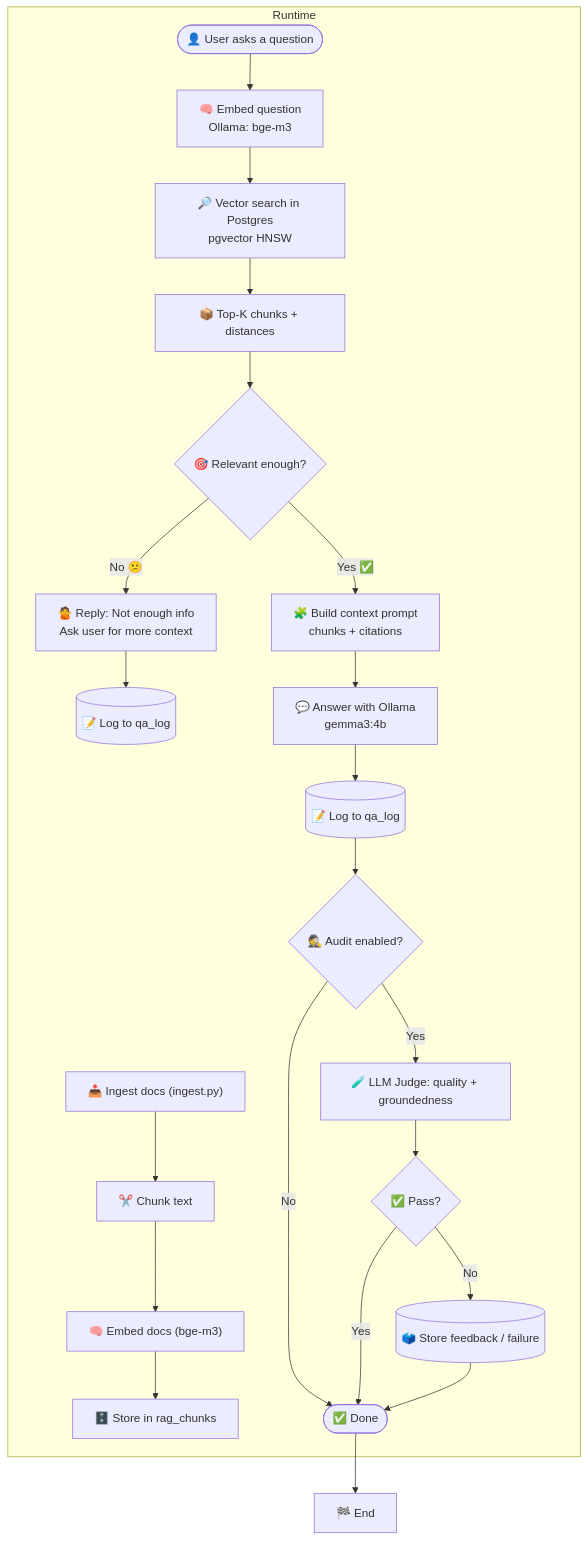
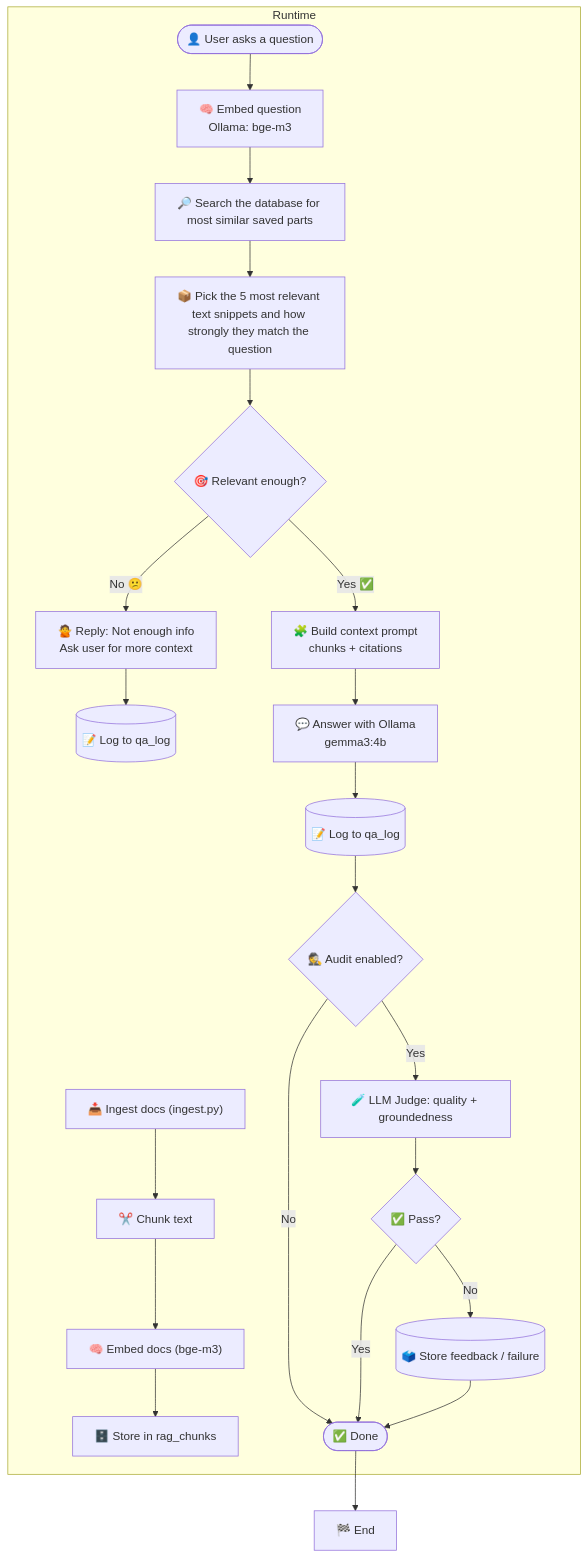
The first of 2 diagrams in docs/PROCESS_VISUALIZATION_TRIAL.md (LauraAva/rag-ollama-set-up), drawn with Mermaid before and after one commit. The commit also changed other lines of this file, not shown here.

````diff
--- a/docs/PROCESS_VISUALIZATION_TRIAL.md
+++ b/docs/PROCESS_VISUALIZATION_TRIAL.md
@@ -10,39 +10,39 @@
 ```mermaid
 flowchart TD
 
  subgraph Runtime["Runtime"]
 
   Ingest["📥 Ingest docs (ingest.py)"] --> Chunk["✂️ Chunk text"]
   Chunk --> EmbedDocs["🧠 Embed docs (bge-m3)"]
   EmbedDocs --> Store["🗄️ Store in rag_chunks"]
 
   U([👤 User asks a question]) --> Q[🧠 Embed question<br/>Ollama: bge-m3]
 
-  Q --> S[🔎 Vector search in Postgres<br/>pgvector HNSW]
-  S --> R[📦 Top-K chunks + distances]
+  Q --> S[🔎 Search the database for most similar saved parts]
+  S --> R[📦 Pick the 5 most relevant text snippets and how strongly they match the question]
 
   R --> G{🎯 Relevant enough?}
 
   G -- "No 😕" --> N[🙅 Reply: Not enough info<br/>Ask user for more context]
   N --> L1[(📝 Log to qa_log)]
   classDef animate stroke-dasharray: 9,5,stroke-dashoffset: 900,animation: dash 25s linear infinite;
   class e1 animate
 
   G -- "Yes ✅" --> C[🧩 Build context prompt<br/>chunks + citations]
   C --> A[💬 Answer with Ollama<br/>gemma3:4b]
   A --> L2[(📝 Log to qa_log)]
 
   L2 --> AU{🕵️ Audit enabled?}
   AU -- "No" --> DONE([✅ Done])
 
   AU -- "Yes" --> J[🧪 LLM Judge: quality + groundedness]
   J --> V{✅ Pass?}
 
   V -- "Yes" --> DONE
   V -- "No" --> F[(🗳️ Store feedback / failure)]
   F --> DONE
 end
 
 DONE --> E["🏁 End"]
 
 ```
````
